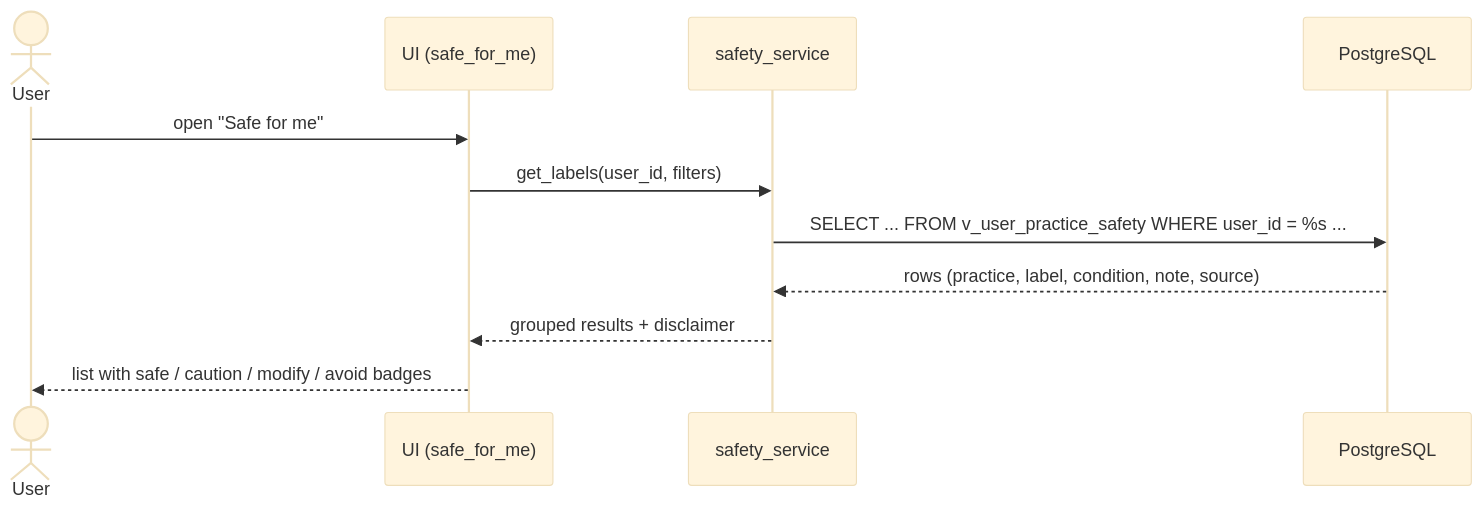
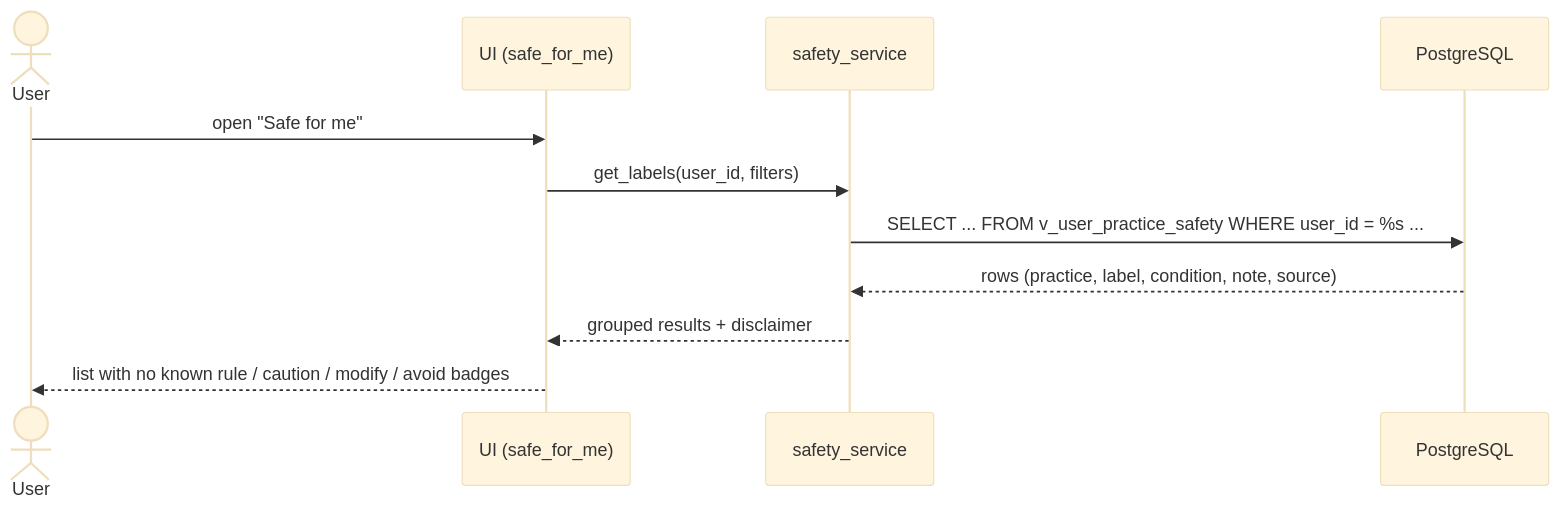
One commit to nishanth-prabhu31/YogaDB changed the third of 6 diagrams in docs/ARCHITECTURE.md. Above: the diagram before and after it, drawn with Mermaid (base theme). The commit also changed other lines of this file and 9 other files, not shown here.

Commit message:
Add data spec, normalization and final ER diagrams

````diff
--- a/docs/ARCHITECTURE.md
+++ b/docs/ARCHITECTURE.md
@@ -259,13 +259,13 @@
 ```mermaid
 sequenceDiagram
     actor U as User
     participant UI as UI (safe_for_me)
     participant S as safety_service
     participant PG as PostgreSQL
     U->>UI: open "Safe for me"
     UI->>S: get_labels(user_id, filters)
     S->>PG: SELECT ... FROM v_user_practice_safety WHERE user_id = %s ...
     PG-->>S: rows (practice, label, condition, note, source)
     S-->>UI: grouped results + disclaimer
-    UI-->>U: list with safe / caution / modify / avoid badges
+    UI-->>U: list with no known rule / caution / modify / avoid badges
 ```
````
